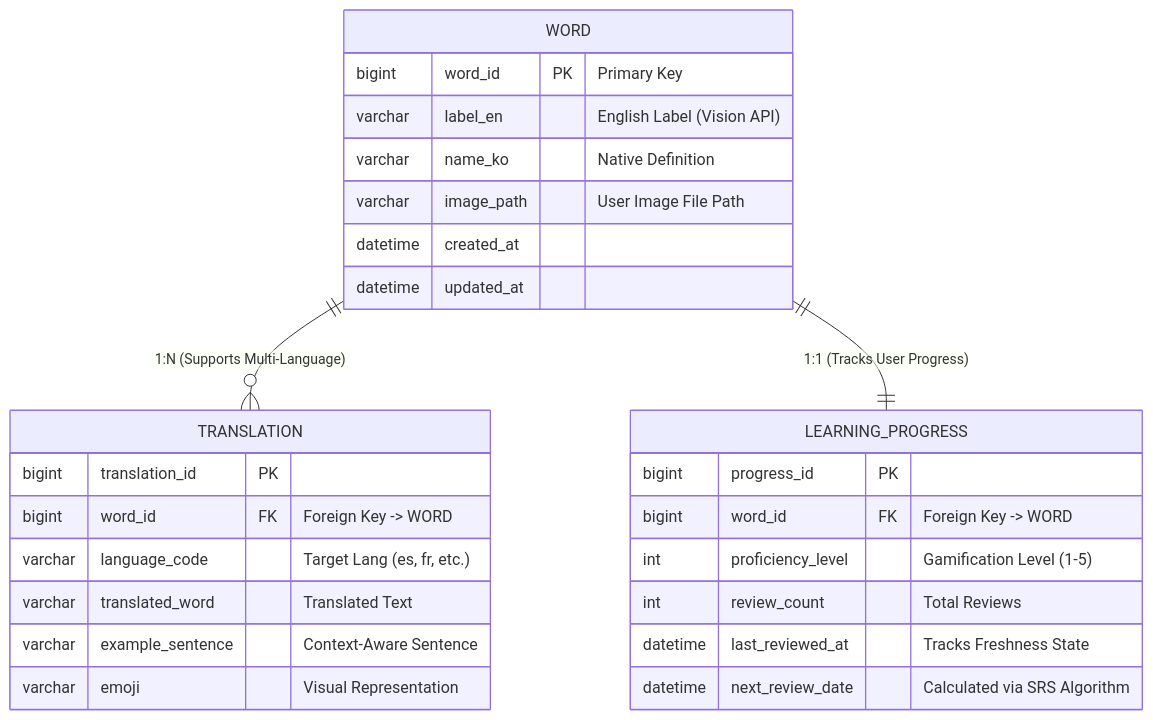
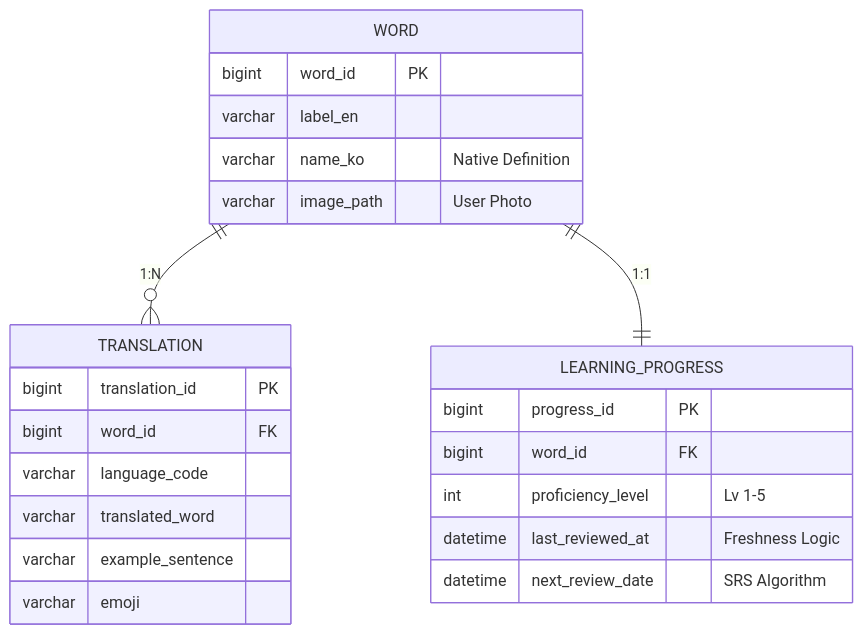
The second of 2 diagrams in README.md (ckck22/snap-fridge), drawn with Mermaid before and after one commit. The commit also changed other lines of this file, not shown here.

Commit message:
Revise README with new database schema and tech stack
Updated database schema and technology stack sections in README.

````diff
--- a/README.md
+++ b/README.md
@@ -101,32 +81,29 @@
 ```mermaid
 erDiagram
     WORD {
-        bigint word_id PK "Primary Key"
-        varchar label_en "English Label (Vision API)"
+        bigint word_id PK
+        varchar label_en
         varchar name_ko "Native Definition"
-        varchar image_path "User Image File Path"
-        datetime created_at
-        datetime updated_at
+        varchar image_path "User Photo"
     }
 
     TRANSLATION {
         bigint translation_id PK
-        bigint word_id FK "Foreign Key -> WORD"
-        varchar language_code "Target Lang (es, fr, etc.)"
-        varchar translated_word "Translated Text"
-        varchar example_sentence "Context-Aware Sentence"
-        varchar emoji "Visual Representation"
+        bigint word_id FK
+        varchar language_code
+        varchar translated_word
+        varchar example_sentence
+        varchar emoji
     }
 
     LEARNING_PROGRESS {
         bigint progress_id PK
-        bigint word_id FK "Foreign Key -> WORD"
-        int proficiency_level "Gamification Level (1-5)"
-        int review_count "Total Reviews"
-        datetime last_reviewed_at "Tracks Freshness State"
-        datetime next_review_date "Calculated via SRS Algorithm"
+        bigint word_id FK
+        int proficiency_level "Lv 1-5"
+        datetime last_reviewed_at "Freshness Logic"
+        datetime next_review_date "SRS Algorithm"
     }
 
-    WORD ||--o{ TRANSLATION : "1:N (Supports Multi-Language)"
-    WORD ||--|| LEARNING_PROGRESS : "1:1 (Tracks User Progress)"
+    WORD ||--o{ TRANSLATION : "1:N"
+    WORD ||--|| LEARNING_PROGRESS : "1:1"
 ```
````
